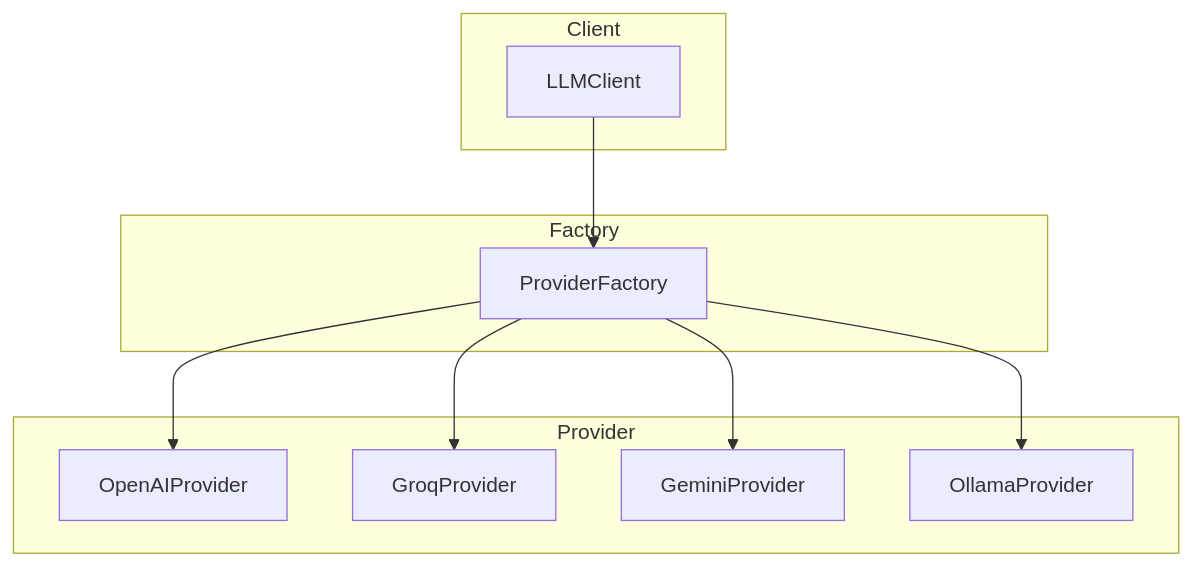
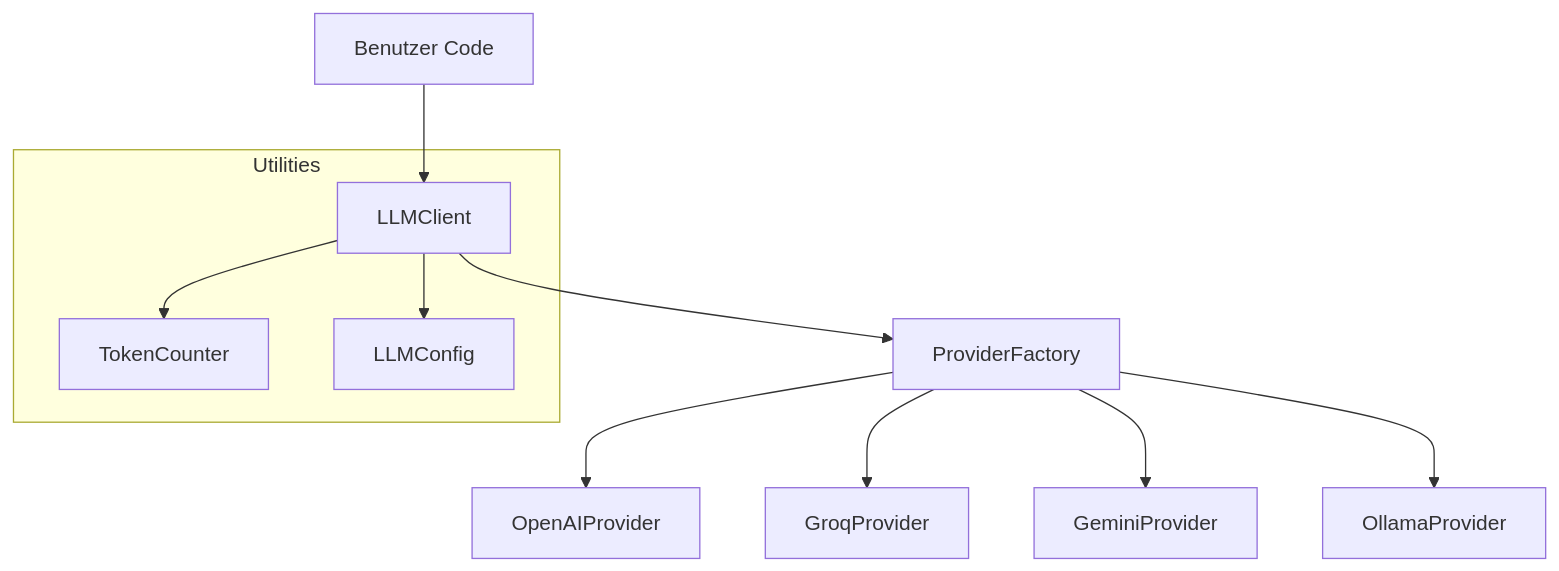
The diagram in docs/de/architecture/index.md (dgaida/llm_client), drawn with Mermaid before and after one commit. The commit also changed other lines of this file and 17 other files, not shown here.

````diff
--- a/docs/de/architecture/index.md
+++ b/docs/de/architecture/index.md
@@ -9,23 +7,14 @@
 ```mermaid
 graph TD
-    subgraph Client
-        LLM[LLMClient]
+    User[Benutzer Code] --> Client[LLMClient]
+    Client --> Factory[ProviderFactory]
+    Factory --> P1[OpenAIProvider]
+    Factory --> P2[GroqProvider]
+    Factory --> P3[GeminiProvider]
+    Factory --> P4[OllamaProvider]
+
+    subgraph "Utilities"
+        Client --> Token[TokenCounter]
+        Client --> Config[LLMConfig]
     end
-
-    subgraph Factory
-        PF[ProviderFactory]
-    end
-
-    subgraph Provider
-        OP[OpenAIProvider]
-        GP[GroqProvider]
-        GE[GeminiProvider]
-        OL[OllamaProvider]
-    end
-
-    LLM --> PF
-    PF --> OP
-    PF --> GP
-    PF --> GE
-    PF --> OL
 ```
````
